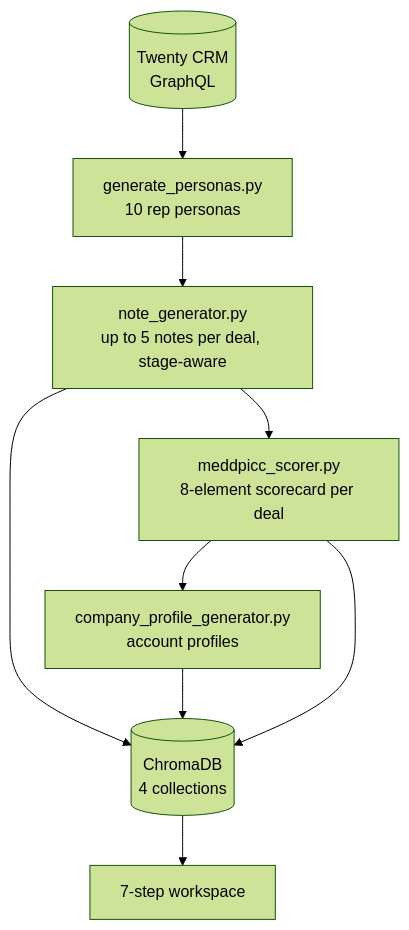
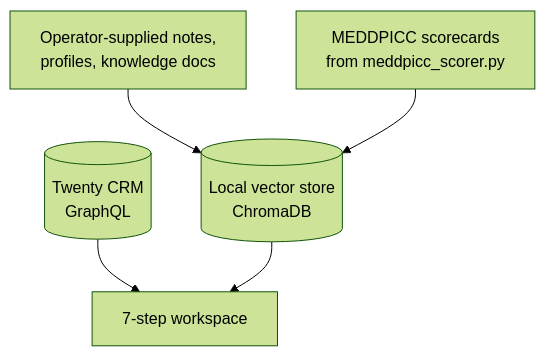
One commit to SAITEJAREDDY/crm-sales-agent changed the second of 2 diagrams in docs/deal-desk/README.md. Above: the diagram before and after it, drawn with Mermaid (forest theme). The commit also changed other lines of this file, not shown here.

Commit message:
docs: align Deal Desk README with the no-data publication

````diff
--- a/docs/deal-desk/README.md
+++ b/docs/deal-desk/README.md
@@ -74,11 +74,7 @@
 ```mermaid
 flowchart TD
-    CRM[(Twenty CRM<br/>GraphQL)] --> P[generate_personas.py<br/>10 rep personas]
-    P --> N[note_generator.py<br/>up to 5 notes per deal, stage-aware]
-    N --> M[meddpicc_scorer.py<br/>8-element scorecard per deal]
-    M --> C[company_profile_generator.py<br/>account profiles]
-    N --> K[(ChromaDB<br/>4 collections)]
-    C --> K
-    M --> K
-    K --> Agents[7-step workspace]
+    CRM[(Twenty CRM<br/>GraphQL)] --> Agents[7-step workspace]
+    N[Operator-supplied notes,<br/>profiles, knowledge docs] --> K[(Local vector store<br/>ChromaDB)]
+    S[MEDDPICC scorecards<br/>from meddpicc_scorer.py] --> K
+    K --> Agents
 ```
````
